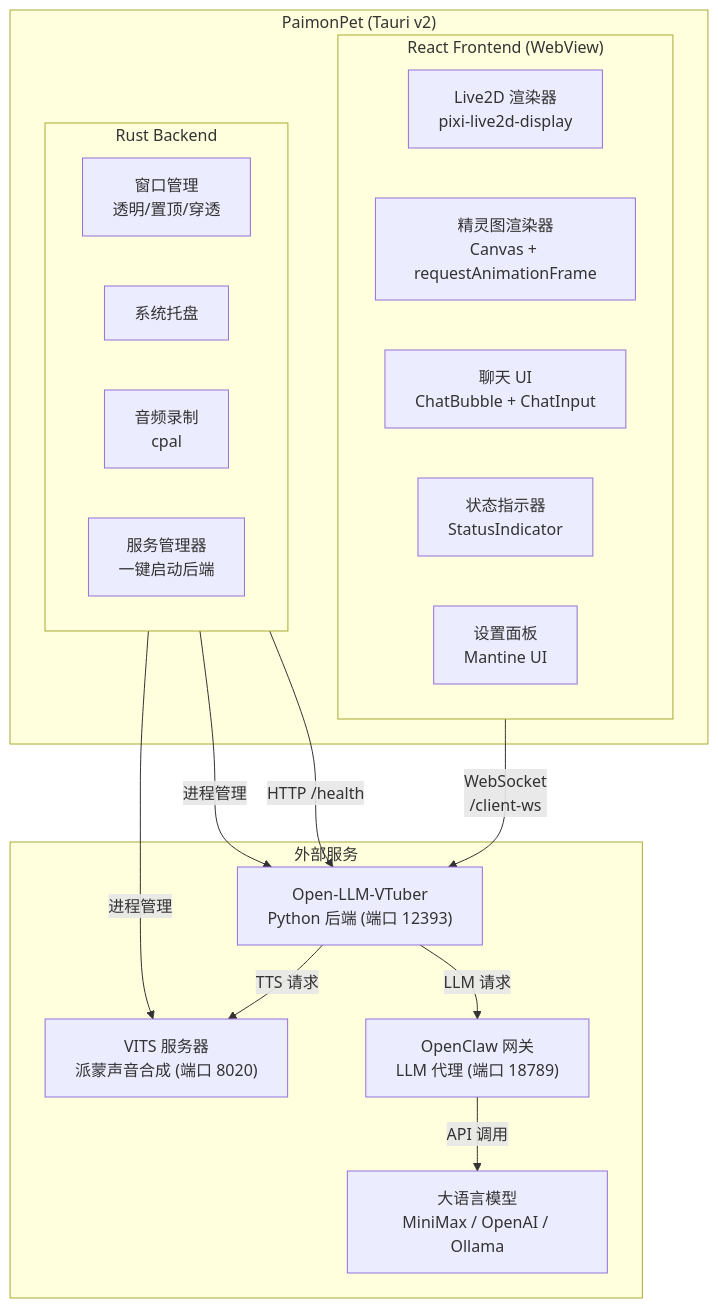
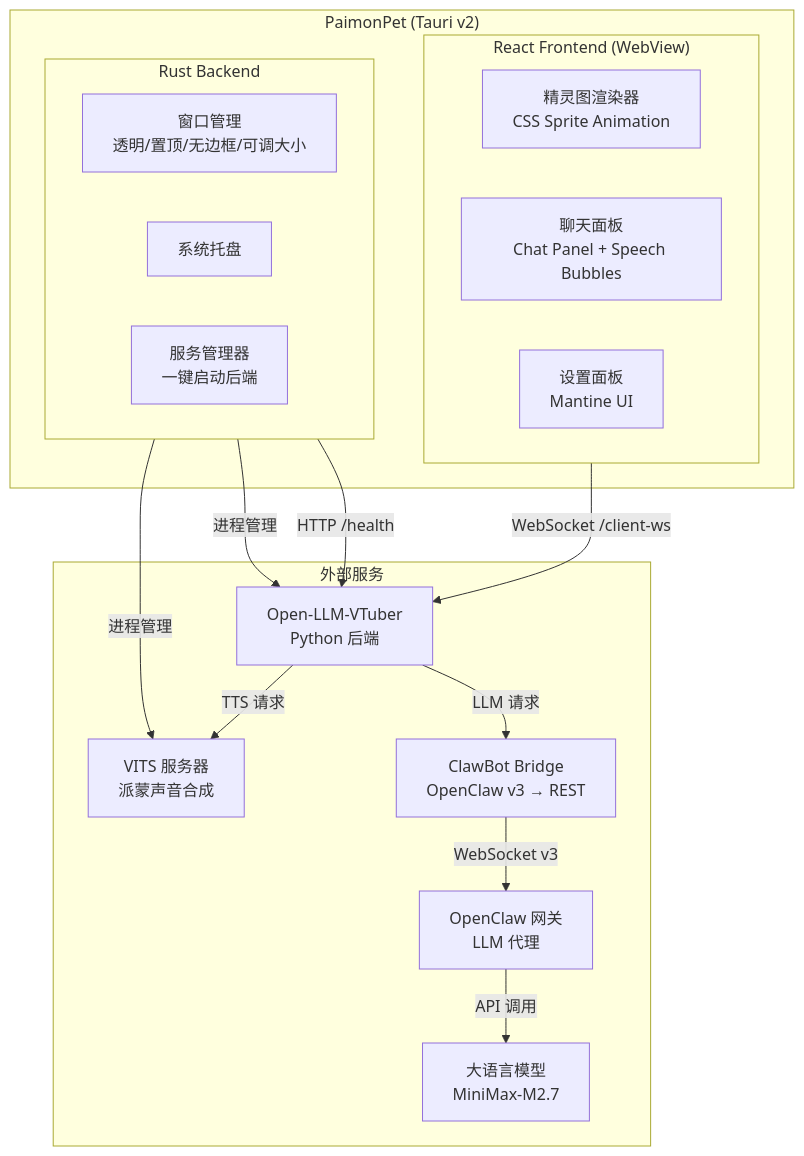
One commit to gaaiyun/paimon-pet changed the diagram in README.md. Above: the diagram before and after it, drawn with Mermaid. The commit also changed other lines of this file and 37 other files, not shown here.

First line of the commit message:
feat: rewrite frontend with chat panel, click fix, message accumulation

````diff
--- a/README.md
+++ b/README.md
@@ -22,33 +23,32 @@
 ```mermaid
 graph TB
     subgraph TauriApp["PaimonPet (Tauri v2)"]
         subgraph Frontend["React Frontend (WebView)"]
-            L2D["Live2D 渲染器<br/>pixi-live2d-display"]
-            SPR["精灵图渲染器<br/>Canvas + requestAnimationFrame"]
-            CHAT["聊天 UI<br/>ChatBubble + ChatInput"]
-            STS["状态指示器<br/>StatusIndicator"]
+            SPR["精灵图渲染器<br/>CSS Sprite Animation"]
+            CHAT["聊天面板<br/>Chat Panel + Speech Bubbles"]
             SET["设置面板<br/>Mantine UI"]
         end
         subgraph RustBackend["Rust Backend"]
-            WIN["窗口管理<br/>透明/置顶/穿透"]
+            WIN["窗口管理<br/>透明/置顶/无边框/可调大小"]
             TRAY["系统托盘"]
-            AUDIO["音频录制<br/>cpal"]
             SVC["服务管理器<br/>一键启动后端"]
         end
     end
 
     subgraph External["外部服务"]
-        OLLVM["Open-LLM-VTuber<br/>Python 后端 (端口 12393)"]
-        VITS["VITS 服务器<br/>派蒙声音合成 (端口 8020)"]
-        OPENCLAW["OpenClaw 网关<br/>LLM 代理 (端口 18789)"]
-        LLM["大语言模型<br/>MiniMax / OpenAI / Ollama"]
+        OLLVM["Open-LLM-VTuber<br/>Python 后端"]
+        VITS["VITS 服务器<br/>派蒙声音合成"]
+        BRIDGE["ClawBot Bridge<br/>OpenClaw v3 → REST"]
+        OPENCLAW["OpenClaw 网关<br/>LLM 代理"]
+        LLM["大语言模型<br/>MiniMax-M2.7"]
     end
 
-    Frontend -->|"WebSocket<br/>/client-ws"| OLLVM
+    Frontend -->|"WebSocket /client-ws"| OLLVM
     RustBackend -->|"HTTP /health"| OLLVM
     RustBackend -->|"进程管理"| VITS
     RustBackend -->|"进程管理"| OLLVM
-    OLLVM -->|"LLM 请求"| OPENCLAW
+    OLLVM -->|"LLM 请求"| BRIDGE
+    BRIDGE -->|"WebSocket v3"| OPENCLAW
     OPENCLAW -->|"API 调用"| LLM
     OLLVM -->|"TTS 请求"| VITS
 ```
````
